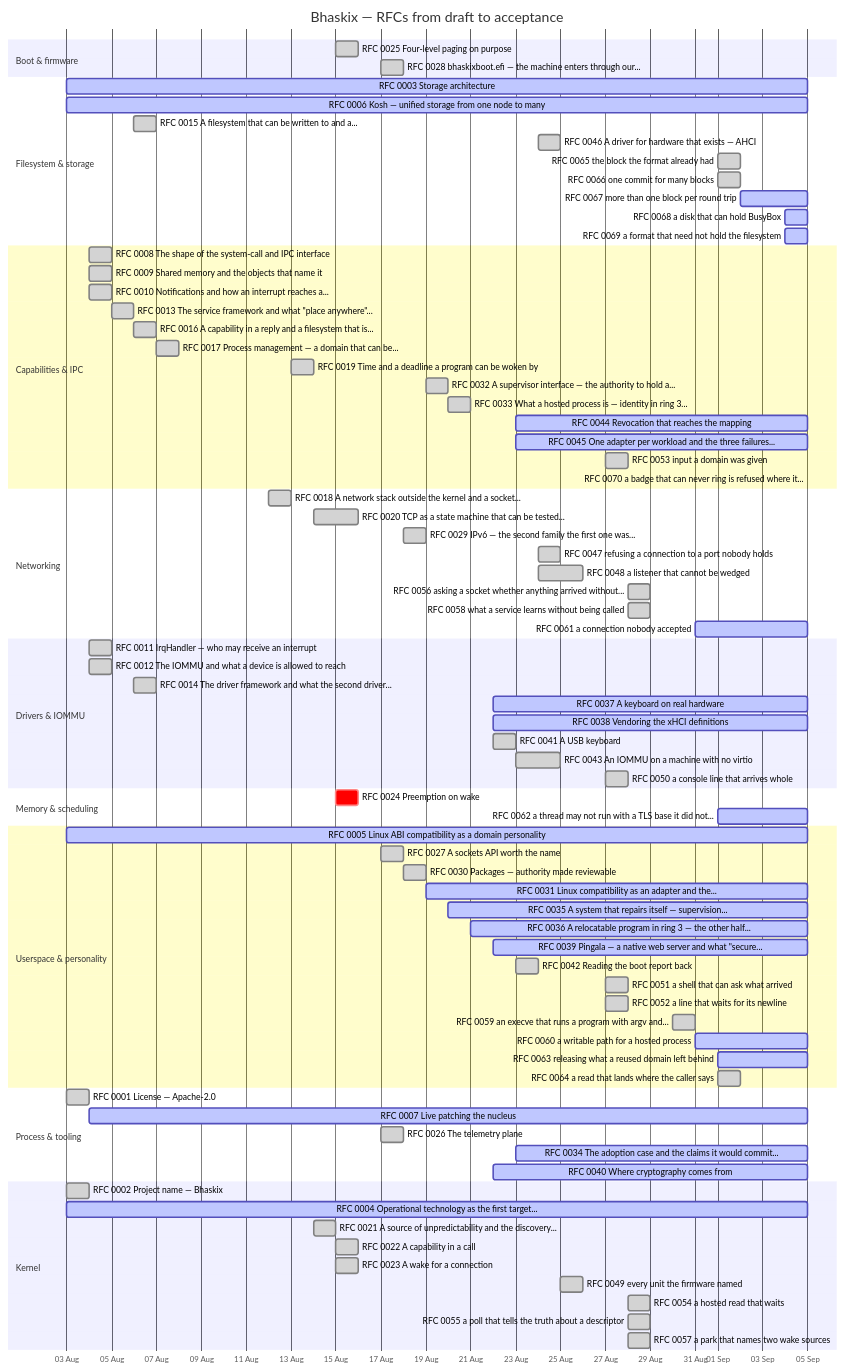
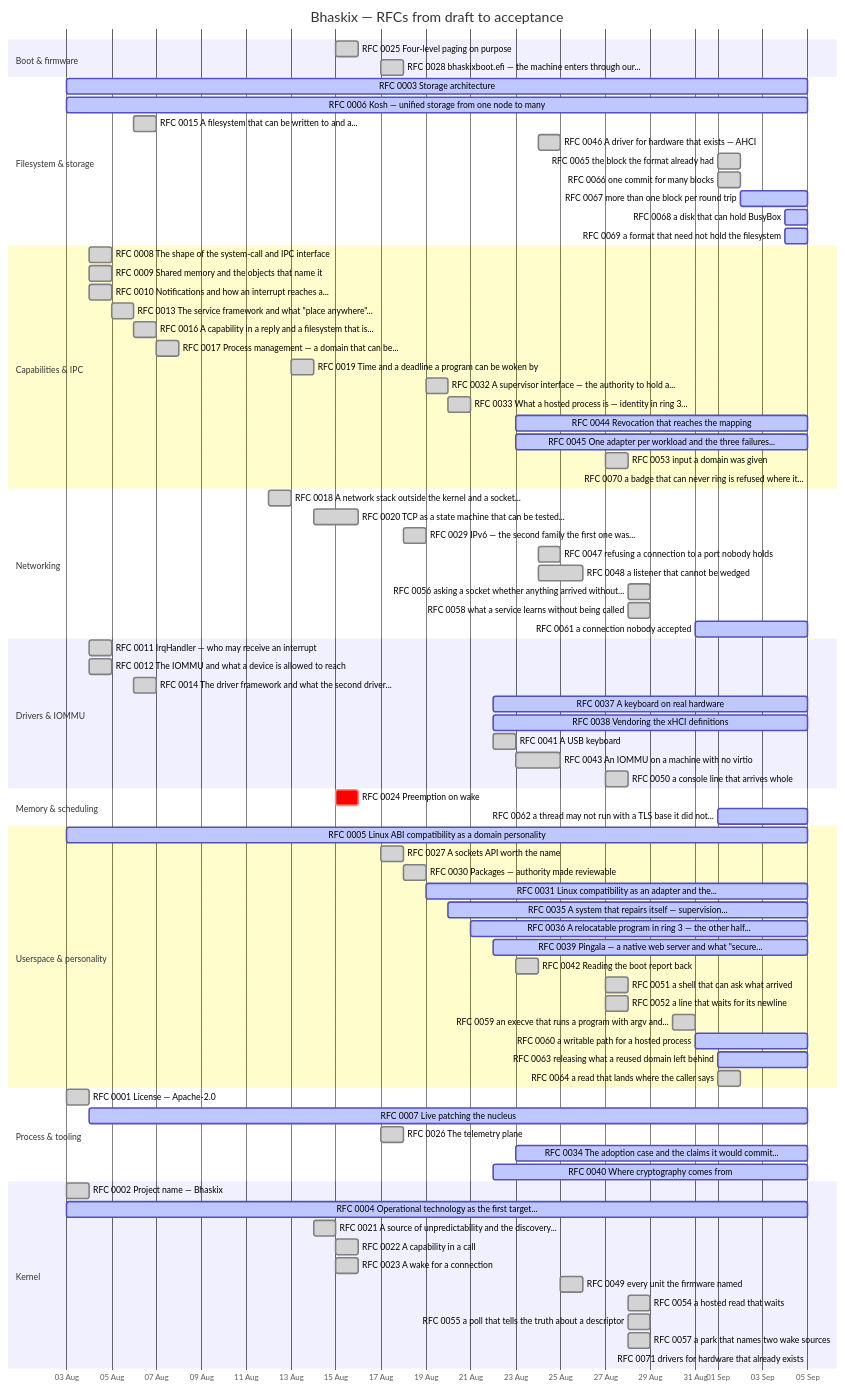
One commit to bhaskix/bhaskix changed the diagram in docs/progress.md. Above: the diagram before and after it, drawn with Mermaid. The commit also changed other lines of this file and 1 other file, not shown here.

````diff
--- a/docs/progress.md
+++ b/docs/progress.md
@@ -106,4 +106,5 @@
     RFC 0054 a hosted read that waits :done, r0054, 2026-08-28, 1d
     RFC 0055 a poll that tells the truth about a descriptor :done, r0055, 2026-08-28, 1d
     RFC 0057 a park that names two wake sources :done, r0057, 2026-08-28, 1d
+    RFC 0071 drivers for hardware that already exists :active, r0071, 2026-09-05, 2026-09-05
 ```
````
